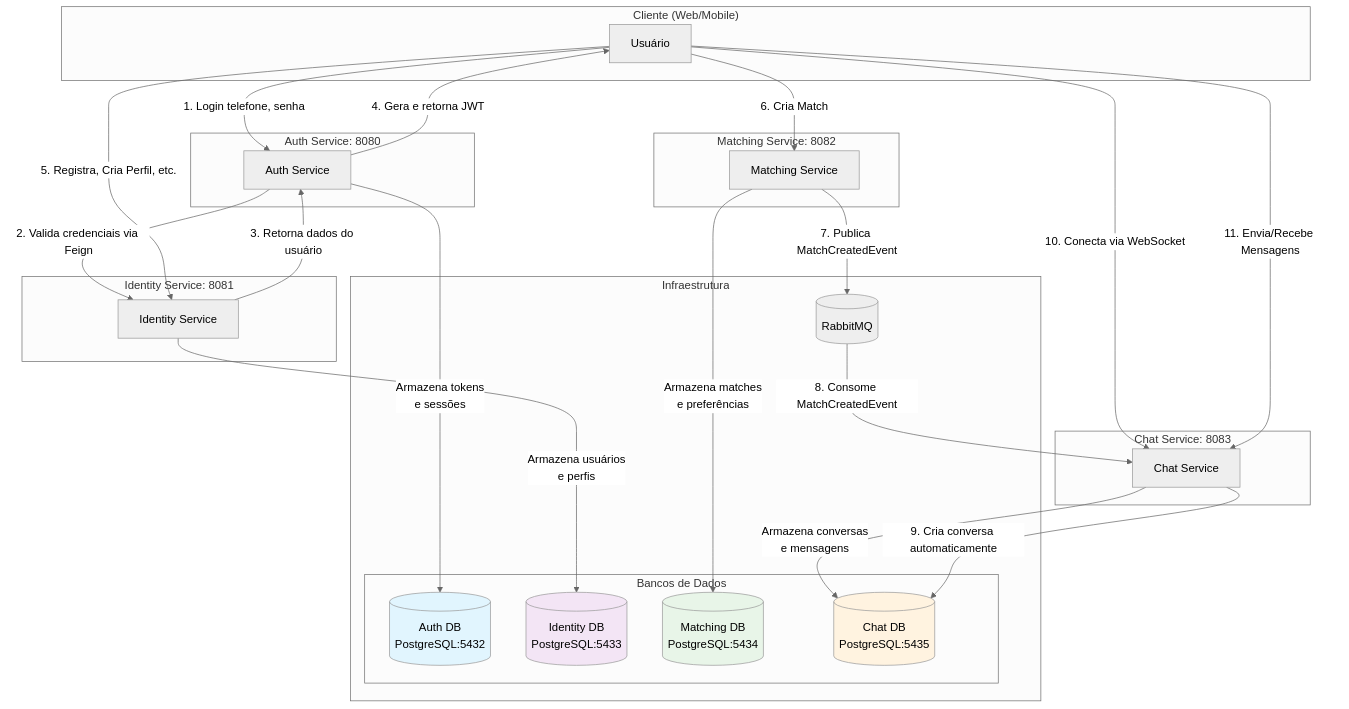
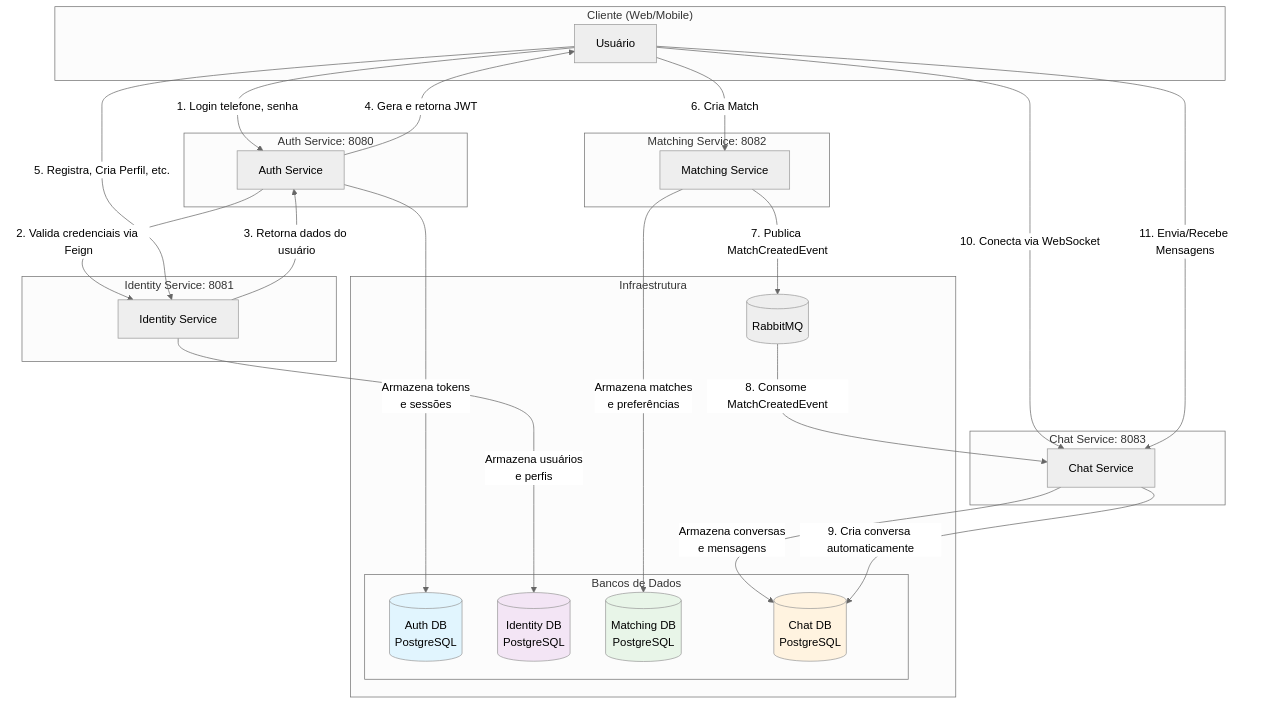
The diagram in README.MD (LeoAoun/Jobinder-Backend-Java), drawn with Mermaid (neutral theme) before and after one commit. The commit also changed other lines of this file and 24 other files, not shown here.

````diff
--- a/README.MD
+++ b/README.MD
@@ -40,70 +41,70 @@
 ```mermaid
 flowchart TD
     subgraph "Cliente (Web/Mobile)"
         A[Usuário]
     end
 
     subgraph "Infraestrutura"
         MQ[(RabbitMQ)]
 
         subgraph "Bancos de Dados"
-            DB_Auth[(Auth DB<br/>PostgreSQL:5432)]
-            DB_Identity[(Identity DB<br/>PostgreSQL:5433)]
-            DB_Matching[(Matching DB<br/>PostgreSQL:5434)]
-            DB_Chat[(Chat DB<br/>PostgreSQL:5435)]
+            DB_Auth[(Auth DB<br/>PostgreSQL)]
+            DB_Identity[(Identity DB<br/>PostgreSQL)]
+            DB_Matching[(Matching DB<br/>PostgreSQL)]
+            DB_Chat[(Chat DB<br/>PostgreSQL)]
         end
     end
 
     subgraph "Auth Service: 8080"
         AS[Auth Service]
     end
 
     subgraph "Identity Service: 8081"
         IS[Identity Service]
     end
 
     subgraph "Matching Service: 8082"
         MS[Matching Service]
     end
 
     subgraph "Chat Service: 8083"
         CS[Chat Service]
     end
 
     %% Fluxo de Autenticação
     A -->|1. Login telefone, senha| AS
     AS -->|2. Valida credenciais via Feign| IS
     IS -->|3. Retorna dados do usuário| AS
     AS -->|4. Gera e retorna JWT| A
 
     %% Conexões com Bancos
     AS -->|Armazena tokens<br/>e sessões| DB_Auth
     IS -->|Armazena usuários<br/>e perfis| DB_Identity
     MS -->|Armazena matches<br/>e preferências| DB_Matching
     CS -->|Armazena conversas<br/>e mensagens| DB_Chat
 
     %% Fluxo de Registro/Perfil
     A -->|5. Registra, Cria Perfil, etc.| IS
 
     %% Fluxo de Matching
     A -->|6. Cria Match| MS
     MS -->|7. Publica MatchCreatedEvent| MQ
 
     %% Fluxo de Chat
     MQ -->|8. Consome MatchCreatedEvent| CS
     CS -->|9. Cria conversa automaticamente| DB_Chat
 
     %% Comunicação WebSocket
     A -->|10. Conecta via WebSocket| CS
     A -->|11. Envia/Recebe Mensagens| CS
 
     class DB_Auth auth-database
     class DB_Identity identity-database
     class DB_Matching matching-database
     class DB_Chat chat-database
 
     classDef auth-database fill:#e1f5fe
     classDef identity-database fill:#f3e5f5
     classDef matching-database fill:#e8f5e8
     classDef chat-database fill:#fff3e0
 ```
````
